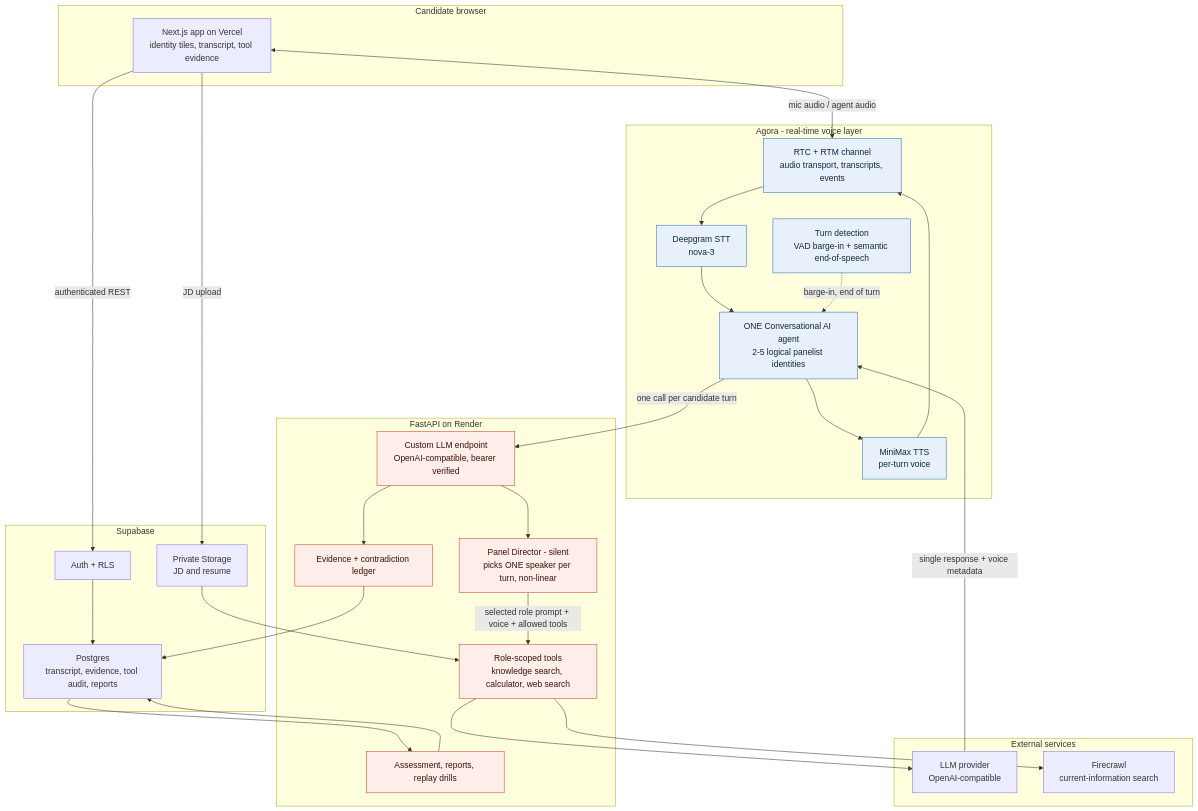
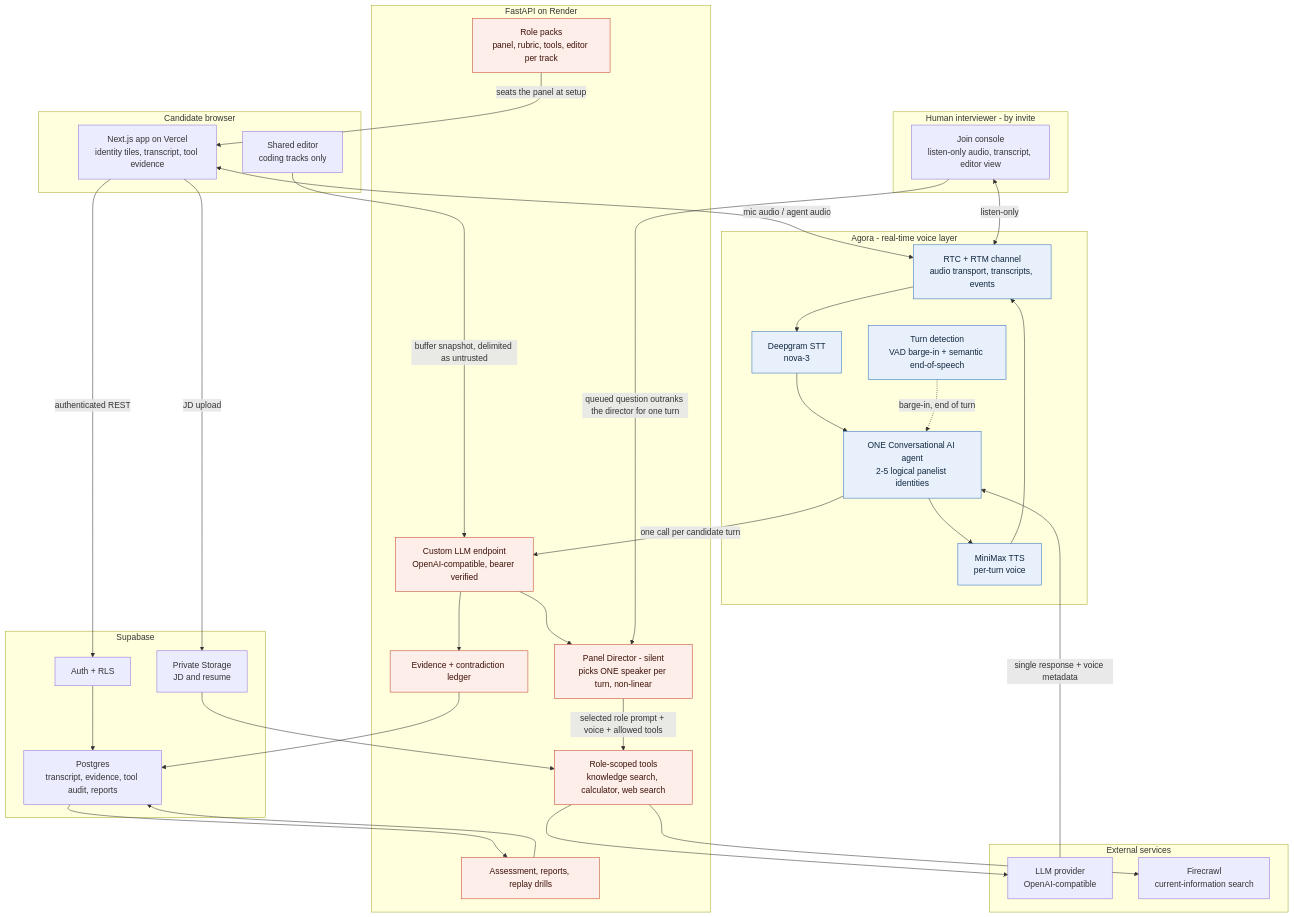
Before and after one commit to amiteshk469/agora-interviewe: the diagram in docs/ARCHITECTURE.md, drawn with Mermaid. The commit also changed other lines of this file and 10 other files, not shown here.

````diff
--- a/docs/ARCHITECTURE.md
+++ b/docs/ARCHITECTURE.md
@@ -14,57 +14,67 @@
 ```mermaid
 flowchart TB
     subgraph browser["Candidate browser"]
         UI["Next.js app on Vercel<br/>identity tiles, transcript, tool evidence"]
+        EDIT["Shared editor<br/>coding tracks only"]
+    end
+
+    subgraph guest["Human interviewer - by invite"]
+        HOST["Join console<br/>listen-only audio, transcript, editor view"]
     end
 
     subgraph agora["Agora - real-time voice layer"]
         RTC["RTC + RTM channel<br/>audio transport, transcripts, events"]
         AGENT["ONE Conversational AI agent<br/>2-5 logical panelist identities"]
         STT["Deepgram STT<br/>nova-3"]
         TTS["MiniMax TTS<br/>per-turn voice"]
         VAD["Turn detection<br/>VAD barge-in + semantic end-of-speech"]
     end
 
     subgraph api["FastAPI on Render"]
+        PACKS["Role packs<br/>panel, rubric, tools, editor per track"]
         LLM["Custom LLM endpoint<br/>OpenAI-compatible, bearer verified"]
         DIR["Panel Director - silent<br/>picks ONE speaker per turn, non-linear"]
         TOOLS["Role-scoped tools<br/>knowledge search, calculator, web search"]
         EVID["Evidence + contradiction ledger"]
         ASSESS["Assessment, reports, replay drills"]
     end
 
     subgraph ext["External services"]
         GROQ["LLM provider<br/>OpenAI-compatible"]
         FC["Firecrawl<br/>current-information search"]
     end
 
     subgraph data["Supabase"]
         AUTH["Auth + RLS"]
         PG["Postgres<br/>transcript, evidence, tool audit, reports"]
         STORE["Private Storage<br/>JD and resume"]
     end
 
     UI <-->|"mic audio / agent audio"| RTC
     RTC --> STT --> AGENT
     AGENT --> TTS --> RTC
     VAD -.->|"barge-in, end of turn"| AGENT
     AGENT -->|"one call per candidate turn"| LLM
     LLM --> DIR
+    PACKS -->|"seats the panel at setup"| UI
+    EDIT -->|"buffer snapshot, delimited as untrusted"| LLM
+    HOST -->|"queued question outranks the director for one turn"| DIR
+    HOST <-->|"listen-only"| RTC
     DIR -->|"selected role prompt + voice + allowed tools"| TOOLS
     TOOLS --> GROQ
     TOOLS --> FC
     GROQ -->|"single response + voice metadata"| AGENT
     LLM --> EVID
     EVID --> PG
     ASSESS --> PG
     UI -->|"authenticated REST"| AUTH
     AUTH --> PG
     UI -->|"JD upload"| STORE
     STORE --> TOOLS
     PG --> ASSESS
 
     classDef agoraStyle fill:#e8f1fb,stroke:#2f6fbb,color:#10263f
     classDef apiStyle fill:#fdeeea,stroke:#c4462c,color:#3d1108
     class RTC,AGENT,STT,TTS,VAD agoraStyle
-    class LLM,DIR,TOOLS,EVID,ASSESS apiStyle
+    class LLM,DIR,TOOLS,EVID,ASSESS,PACKS apiStyle
 ```
````
